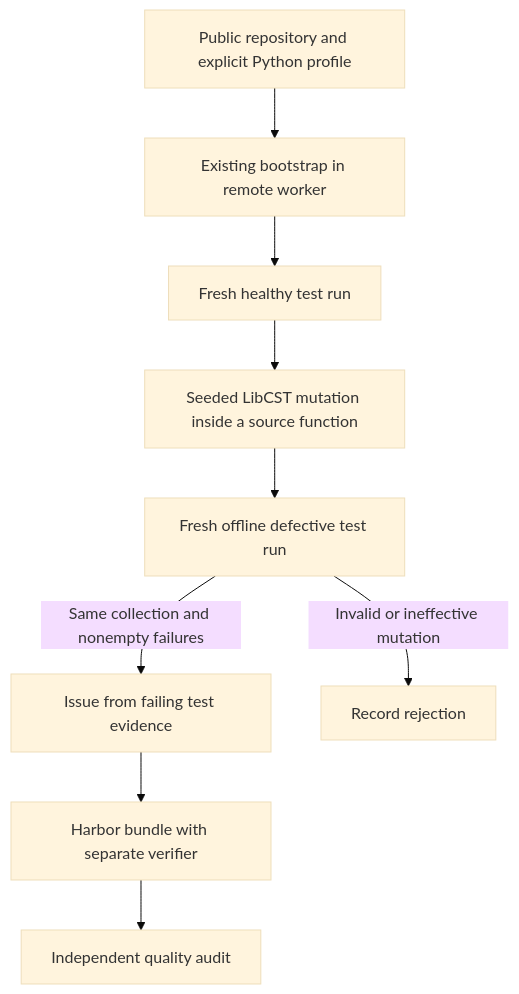
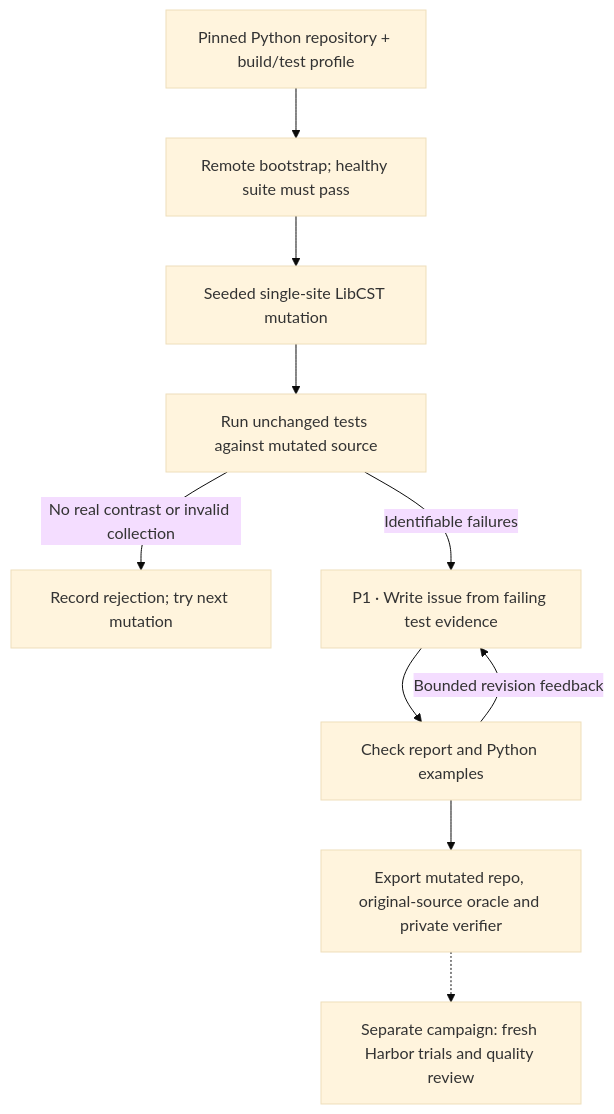
Before and after one commit to huggingface/Repo2RLEnv: the diagram in docs/pipelines/repo_mutate.md, drawn with Mermaid (base theme). The commit also changed other lines of this file and 34 other files, not shown here.

````diff
--- a/docs/pipelines/repo_mutate.md
+++ b/docs/pipelines/repo_mutate.md
@@ -20,11 +22,12 @@
 ```mermaid
 flowchart TD
-  P[Public repository and explicit Python profile] --> B[Existing bootstrap in remote worker]
-  B --> T[Fresh healthy test run]
-  T --> M[Seeded LibCST mutation inside a source function]
-  M --> C[Fresh offline defective test run]
-  C -->|Same collection and nonempty failures| I[Issue from failing test evidence]
-  C -->|Invalid or ineffective mutation| S[Record rejection]
-  I --> H[Harbor bundle with separate verifier]
-  H --> A[Independent quality audit]
+  S["Pinned Python repository + build/test profile"] --> B["Remote bootstrap; healthy suite must pass"]
+  B --> M["Seeded single-site LibCST mutation"]
+  M --> E["Run unchanged tests against mutated source"]
+  E -->|"No real contrast or invalid collection"| X["Record rejection; try next mutation"]
+  E -->|"Identifiable failures"| P1["P1 · Write issue from failing test evidence"]
+  P1 --> C["Check report and Python examples"]
+  C -->|"Bounded revision feedback"| P1
+  C --> H["Export mutated repo, original-source oracle and private verifier"]
+  H -.-> Q["Separate campaign: fresh Harbor trials and quality review"]
 ```
````
